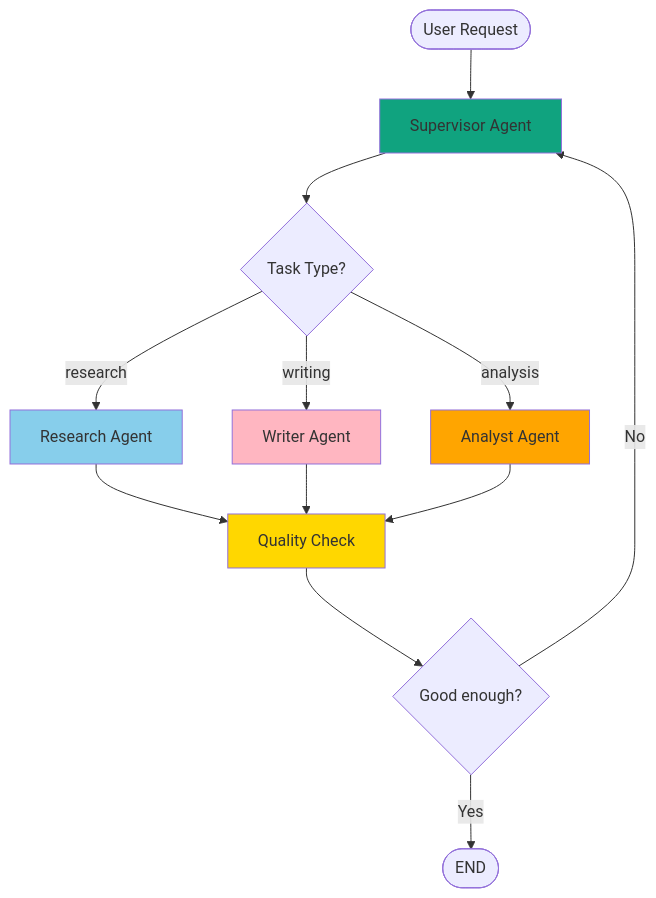
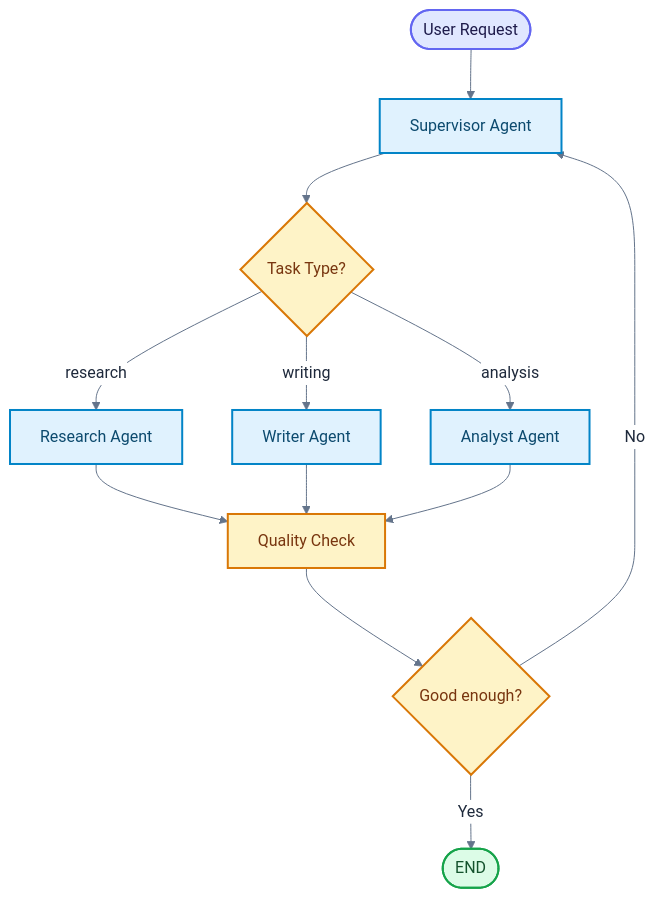
The seventh of 7 diagrams in docs/06-frameworks/einsteiger-langgraph.md (ralf-42/GenAI), drawn with Mermaid before and after one commit. The commit also changed other lines of this file and 25 other files, not shown here.

````diff
--- a/docs/06-frameworks/einsteiger-langgraph.md
+++ b/docs/06-frameworks/einsteiger-langgraph.md
@@ -557,23 +668,43 @@
 ```mermaid
+---
+config:
+  theme: base
+  look: classic
+  themeVariables:
+    primaryColor: '#e0f2fe'
+    primaryBorderColor: '#0284c7'
+    primaryTextColor: '#1e293b'
+    lineColor: '#64748b'
+    clusterBkg: '#f8fafc'
+    clusterBorder: '#cbd5e1'
+    noteBkgColor: '#fef3c7'
+    noteBorderColor: '#d97706'
+    noteTextColor: '#78350f'
+    edgeLabelBackground: '#ffffff'
+---
+
 graph TB
     START([User Request]) --> SUPERVISOR[Supervisor Agent]
 
     SUPERVISOR --> COND{Task Type?}
     COND -->|research| RESEARCH[Research Agent]
     COND -->|writing| WRITER[Writer Agent]
     COND -->|analysis| ANALYST[Analyst Agent]
 
     RESEARCH --> REVIEW[Quality Check]
     WRITER --> REVIEW
     ANALYST --> REVIEW
 
     REVIEW --> ITERCHECK{Good enough?}
     ITERCHECK -->|No| SUPERVISOR
     ITERCHECK -->|Yes| END([END])
 
-    style SUPERVISOR fill:#10a37f
-    style RESEARCH fill:#87CEEB
-    style WRITER fill:#FFB6C1
-    style ANALYST fill:#FFA500
-    style REVIEW fill:#FFD700
+%% Funktionsfarben nach Mermaid_Best_Practices.md
+classDef default fill:#e0f2fe,stroke:#0284c7,stroke-width:2px,color:#0c4a6e;
+classDef input fill:#e0e7ff,stroke:#6366f1,stroke-width:2px,color:#1e1b4b;
+classDef metric fill:#fef3c7,stroke:#d97706,stroke-width:2px,color:#78350f;
+classDef output fill:#dcfce7,stroke:#16a34a,stroke-width:2px,color:#14532d;
+class START input;
+class COND,REVIEW,ITERCHECK metric;
+class END output;
 ```
````
